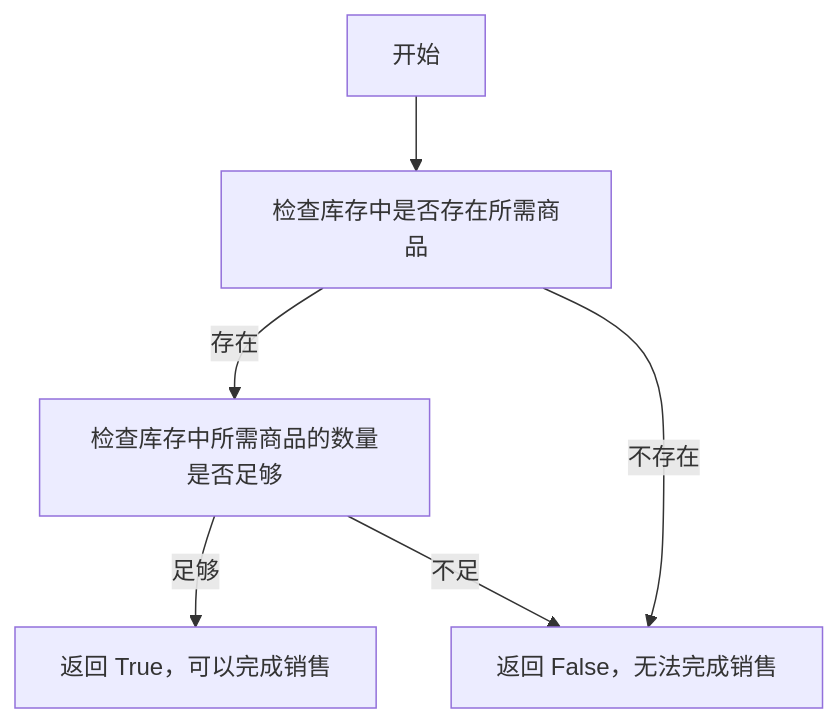
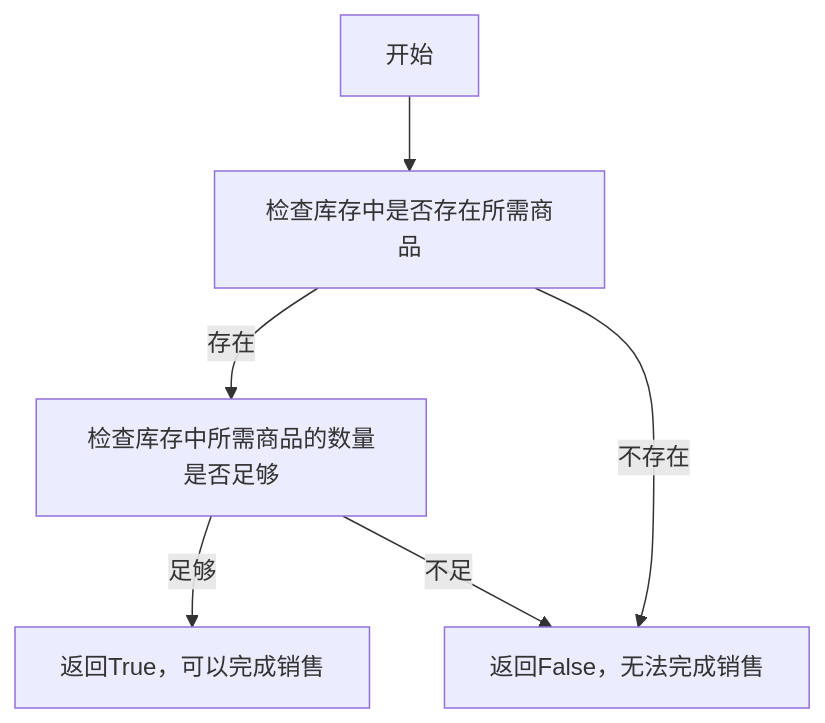
The fifth of 6 diagrams in Experiment/experiment4.md (RonaWhite/python), drawn with Mermaid before and after one commit. The commit also changed other lines of this file and 13 other files, not shown here.

````diff
--- a/Experiment/experiment4.md
+++ b/Experiment/experiment4.md
@@ -1427,8 +1427,8 @@
 ```mermaid
 graph TD
 A[开始] --> B[检查库存中是否存在所需商品]
 B -->|存在| C[检查库存中所需商品的数量是否足够]
-C -->|足够| D[返回 True，可以完成销售]
-C -->|不足| E[返回 False，无法完成销售]
-B -->|不存在| E[返回 False，无法完成销售]
+C -->|足够| D[返回True，可以完成销售]
+C -->|不足| E[返回False，无法完成销售]
+B -->|不存在| E[返回False，无法完成销售]
 ```
````
